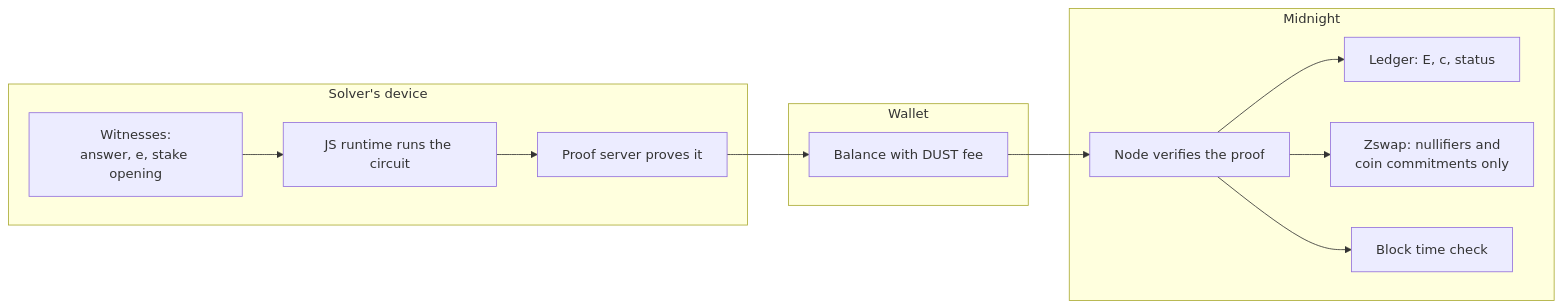
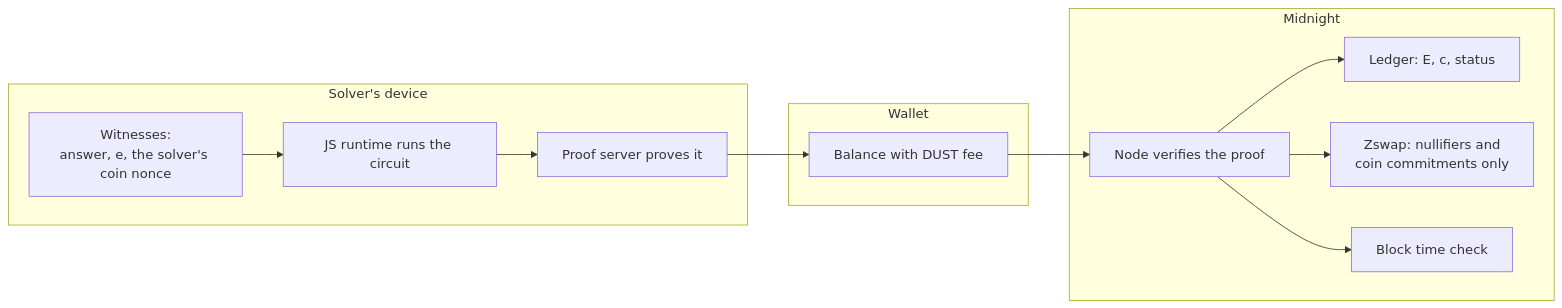
The ninth of 11 diagrams in ARCHITECTURE.md (Kanasjnr/Midnight-private-bounties), drawn with Mermaid before and after one commit. The commit also changed other lines of this file and 7 other files, not shown here.

````diff
--- a/ARCHITECTURE.md
+++ b/ARCHITECTURE.md
@@ -432,21 +451,21 @@
 ```mermaid
 flowchart LR
   subgraph Device["Solver's device"]
-    W1["Witnesses:<br/>answer, e, stake opening"]
+    W1["Witnesses:<br/>answer, e, the solver's coin nonce"]
     JS["JS runtime runs the circuit"]
     PS["Proof server proves it"]
   end
   subgraph Chain["Midnight"]
     V["Node verifies the proof"]
     L["Ledger: E, c, status"]
     Z["Zswap: nullifiers and<br/>coin commitments only"]
     T["Block time check"]
   end
   subgraph Wallet["Wallet"]
     B["Balance with DUST fee"]
   end
   W1 --> JS --> PS --> B --> V
   V --> T
   V --> L
   V --> Z
 ```
````
